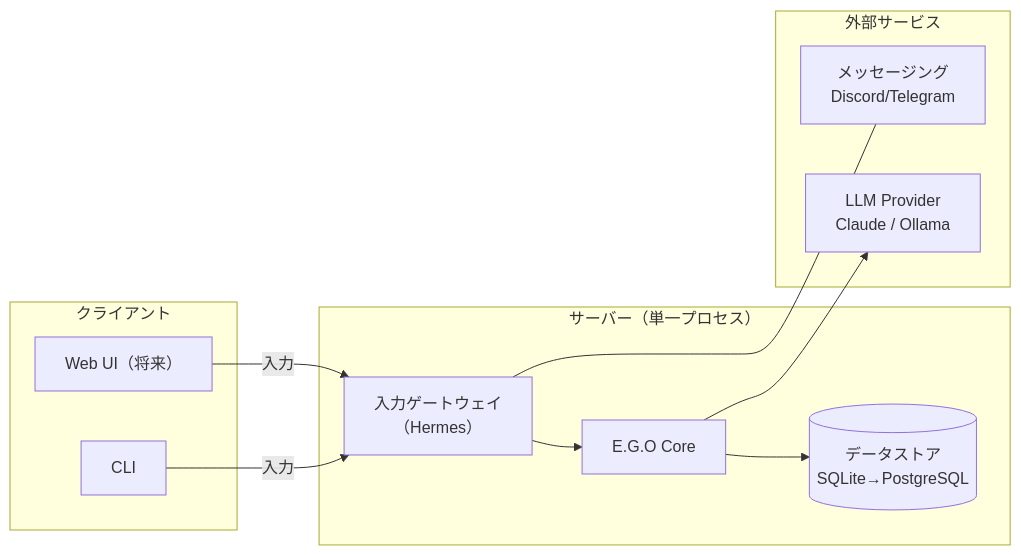
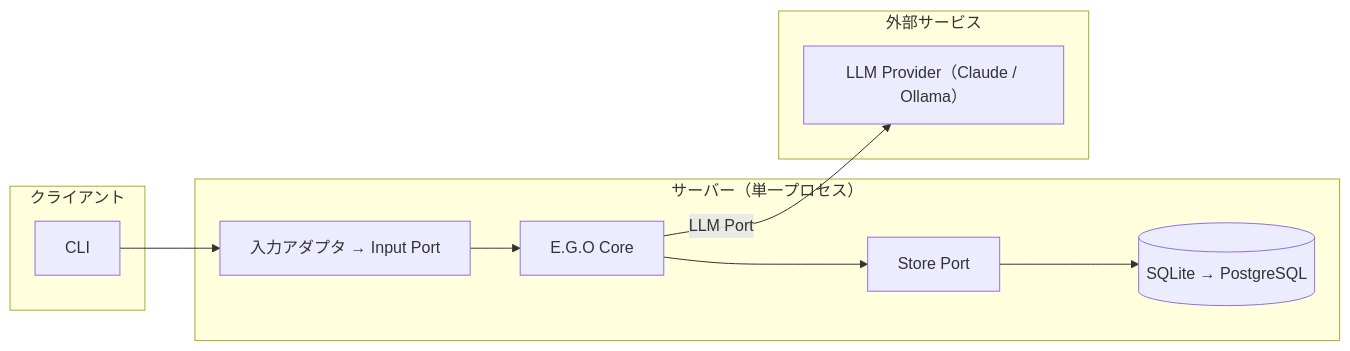
The second of 4 diagrams in docs/06-basic-design.md (Kyo-arch-2026/ego-design), drawn with Mermaid before and after one commit. The commit also changed other lines of this file and 2 other files, not shown here.

````diff
--- a/docs/06-basic-design.md
+++ b/docs/06-basic-design.md
@@ -119,22 +140,18 @@
 ```mermaid
 flowchart LR
     subgraph Client["クライアント"]
         APP["CLI"]
-        WEB["Web UI（将来）"]
     end
     subgraph Server["サーバー（単一プロセス）"]
-        GW["入力ゲートウェイ<br/>（Hermes）"]
+        IN["入力アダプタ → Input Port"]
         AG["E.G.O Core"]
-        DS[("データストア<br/>SQLite→PostgreSQL")]
+        SP["Store Port"]
+        DS[("SQLite → PostgreSQL")]
     end
     subgraph External["外部サービス"]
-        MSG["メッセージング<br/>Discord/Telegram"]
-        PROV["LLM Provider<br/>Claude / Ollama"]
+        PROV["LLM Provider（Claude / Ollama）"]
     end
-    APP -->|入力| GW
-    WEB -->|入力| GW
-    GW --> AG
-    AG --> DS
-    AG --> PROV
-    GW --- MSG
+    APP --> IN --> AG
+    AG --> SP --> DS
+    AG -->|LLM Port| PROV
 ```
````
